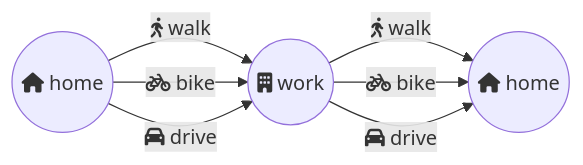
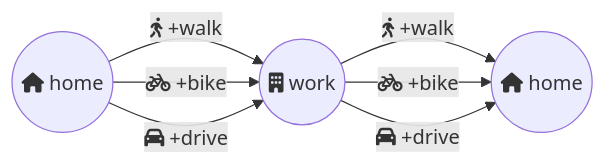
The third of 3 diagrams in app/pages/docs/modality/necessity-and-possibility/index.md (dotcontract/www-dotcontract-org), drawn with Mermaid before and after one commit. The commit also changed other lines of this file and 3 other files, not shown here.

````diff
--- a/app/pages/docs/modality/necessity-and-possibility/index.md
+++ b/app/pages/docs/modality/necessity-and-possibility/index.md
@@ -76,9 +76,9 @@
 ```mermaid
 flowchart LR
-    home((fa:fa-home home)) -->|fa:fa-walking walk| work((fa:fa-building work))
-    home -->|fa:fa-bicycle bike| work
-    home -->|fa:fa-car drive| work
-    work -->|fa:fa-walking walk| home2((fa:fa-home home))
-    work -->|fa:fa-bicycle bike| home2
-    work -->|fa:fa-car drive| home2
+    home((fa:fa-home home)) -->|fa:fa-walking +walk| work((fa:fa-building work))
+    home -->|fa:fa-bicycle +bike| work
+    home -->|fa:fa-car +drive| work
+    work -->|fa:fa-walking +walk| home2((fa:fa-home home))
+    work -->|fa:fa-bicycle +bike| home2
+    work -->|fa:fa-car +drive| home2
 ```
````
